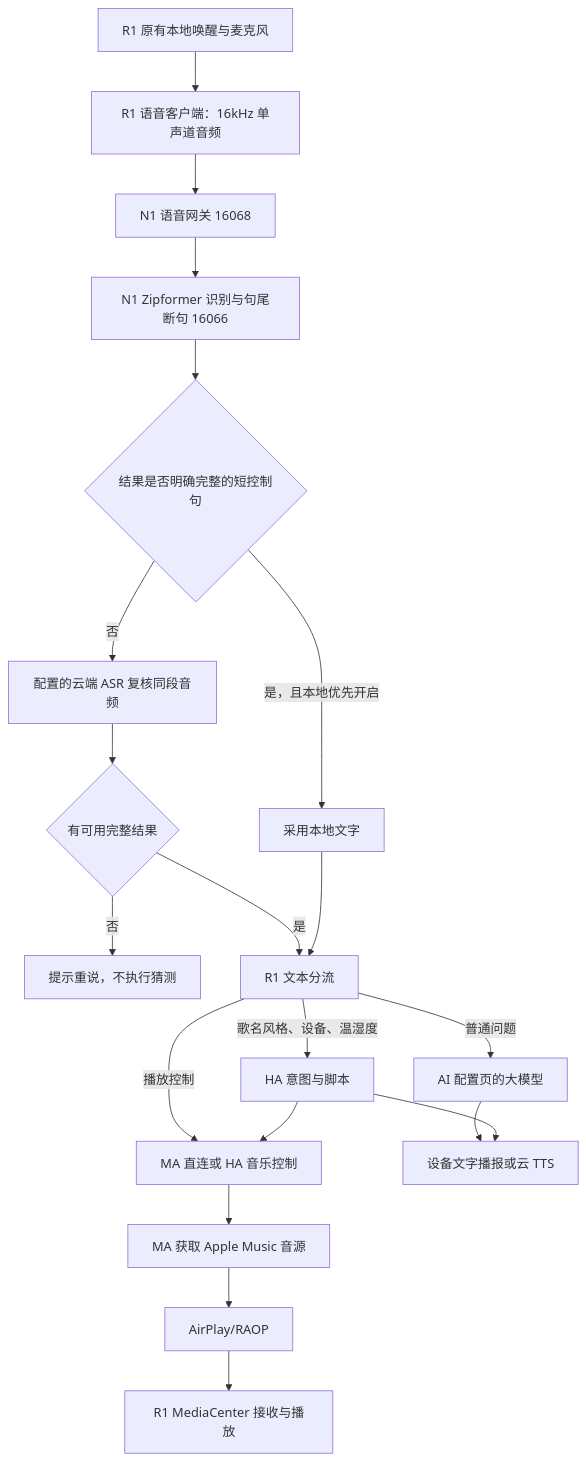
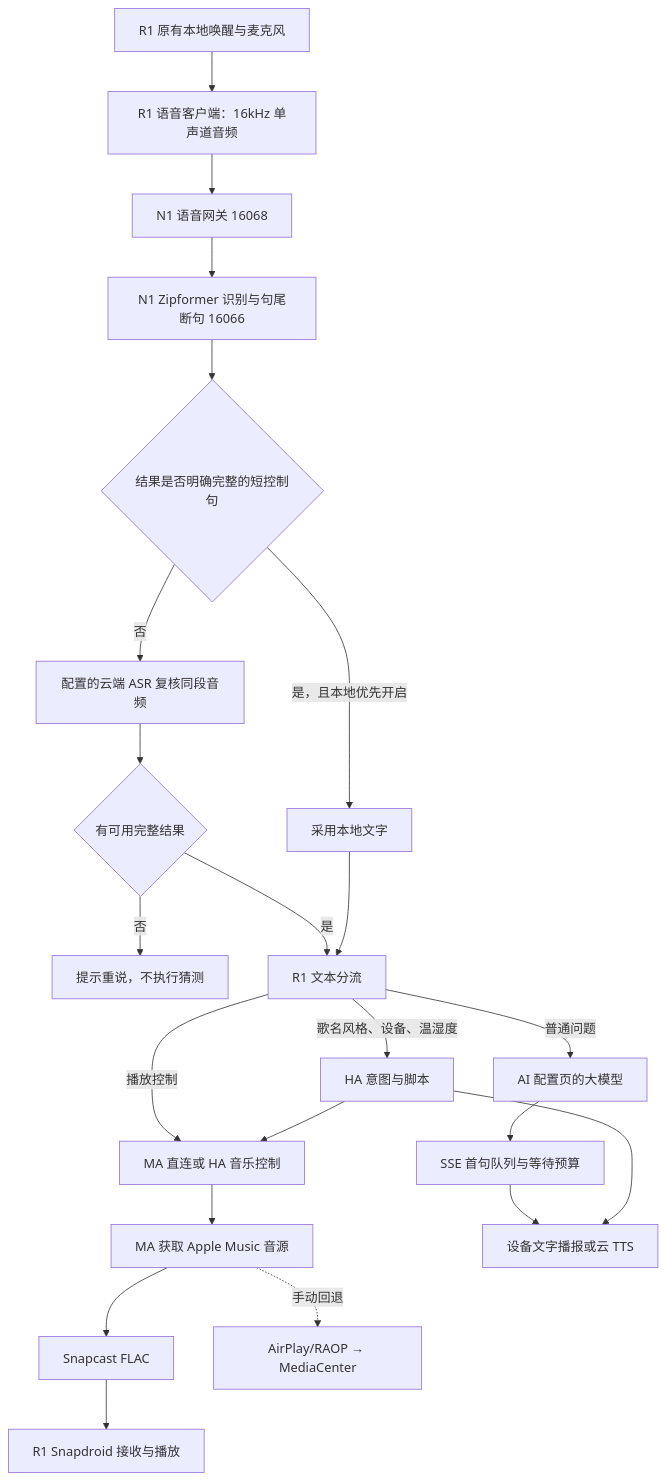
Before and after one commit to akaryc1b/r1-ha-voice: the diagram in docs/ARCHITECTURE.md, drawn with Mermaid. The commit also changed other lines of this file and 108 other files, not shown here.

````diff
--- a/docs/ARCHITECTURE.md
+++ b/docs/ARCHITECTURE.md
@@ -3,22 +3,24 @@
 ```mermaid
 flowchart TD
     A[R1 原有本地唤醒与麦克风] --> B[R1 语音客户端：16kHz 单声道音频]
     B --> C[N1 语音网关 16068]
     C --> D[N1 Zipformer 识别与句尾断句 16066]
     D --> E{结果是否明确完整的短控制句}
     E -->|是，且本地优先开启| F[采用本地文字]
     E -->|否| G[配置的云端 ASR 复核同段音频]
     G --> H{有可用完整结果}
     H -->|否| I[提示重说，不执行猜测]
     H -->|是| J[R1 文本分流]
     F --> J
     J -->|播放控制| K[MA 直连或 HA 音乐控制]
     J -->|歌名风格、设备、温湿度| L[HA 意图与脚本]
     J -->|普通问题| M[AI 配置页的大模型]
     L --> K
     K --> N[MA 获取 Apple Music 音源]
-    N --> O[AirPlay/RAOP]
-    O --> P[R1 MediaCenter 接收与播放]
-    M --> Q[设备文字播报或云 TTS]
+    N --> O[Snapcast FLAC]
+    O --> P[R1 Snapdroid 接收与播放]
+    N -. 手动回退 .-> X[AirPlay/RAOP → MediaCenter]
+    M --> S[SSE 首句队列与等待预算]
+    S --> Q[设备文字播报或云 TTS]
     L --> Q
 ```
````
